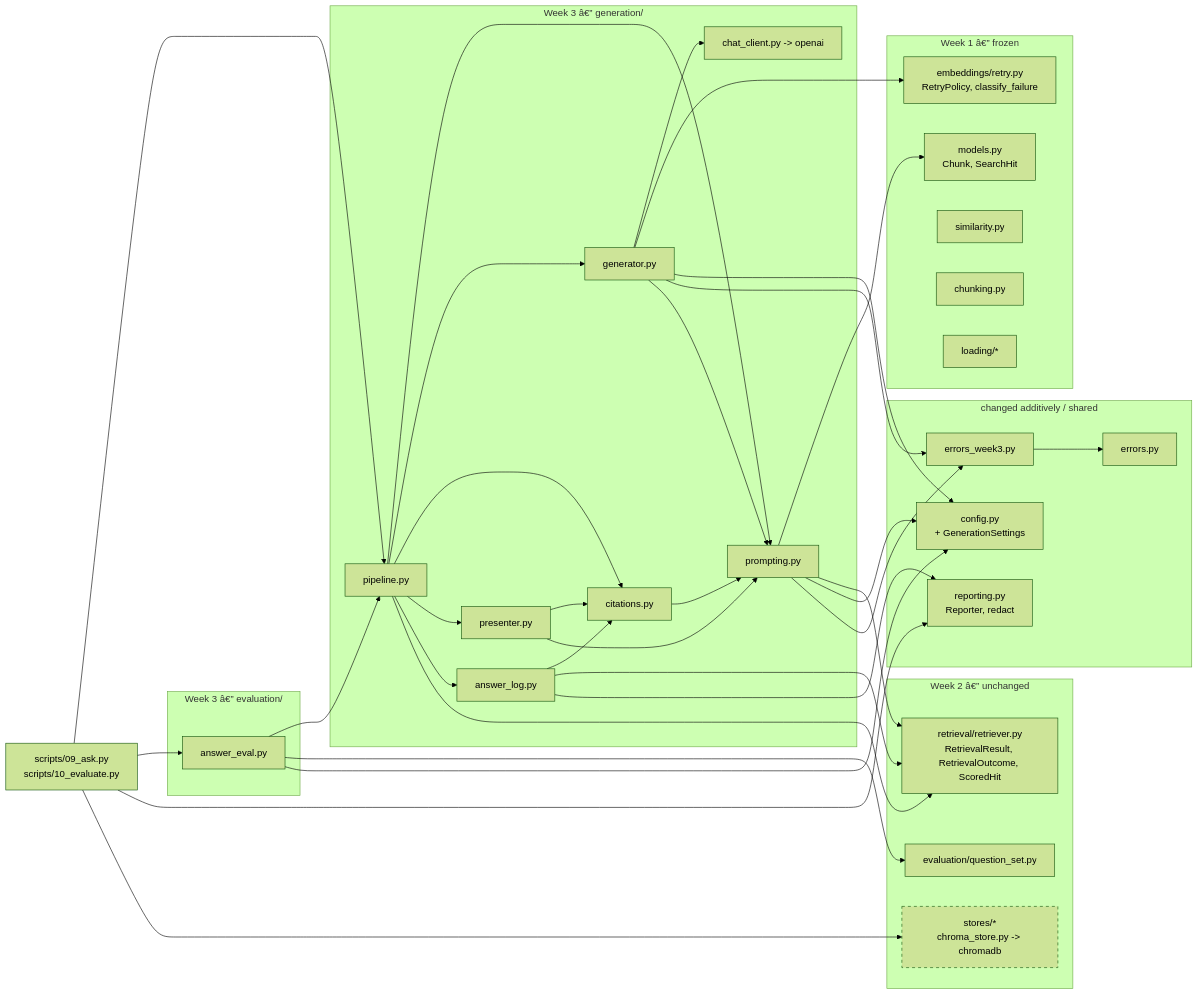
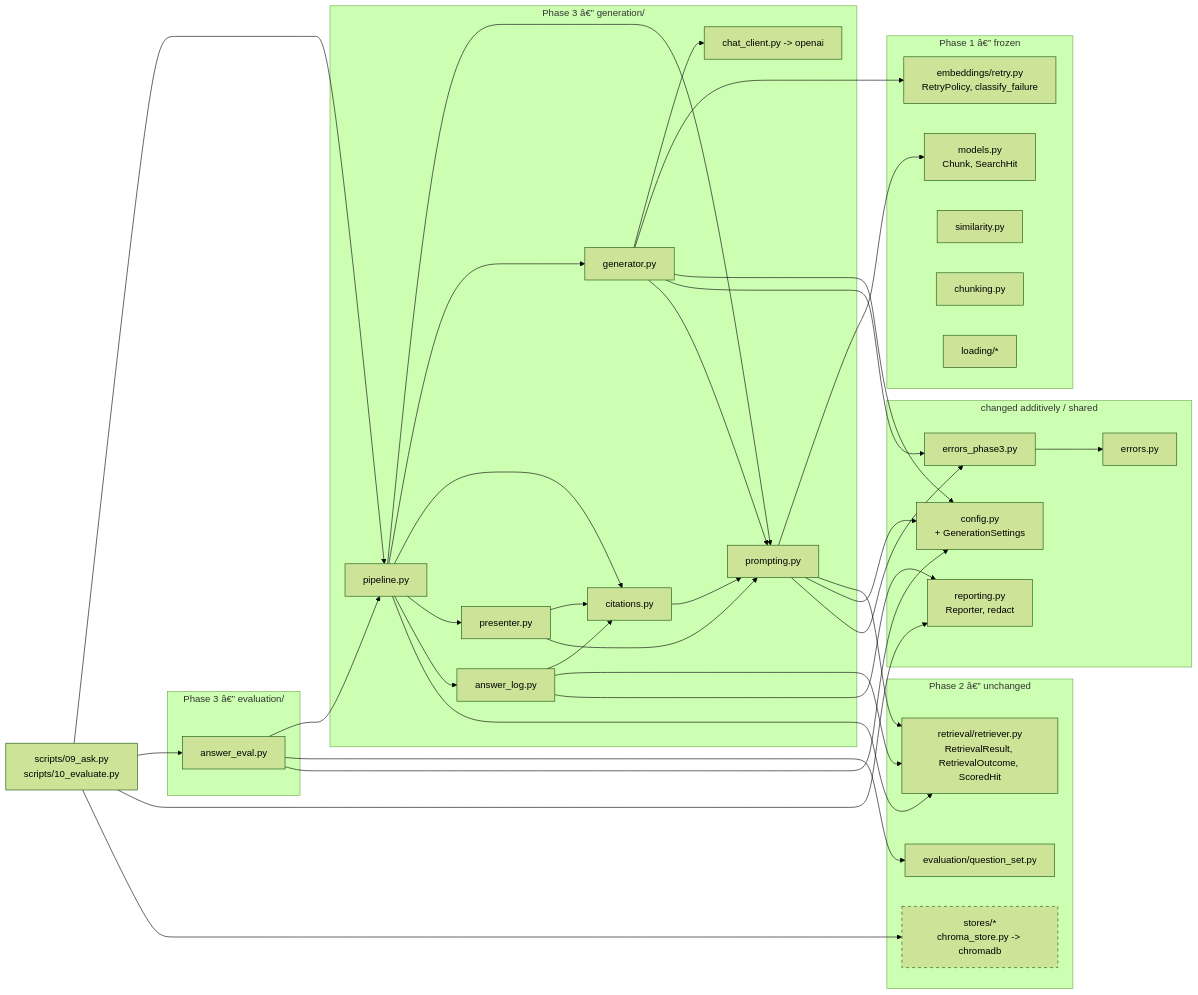
Before and after one commit to Iddrisusalima/ask-my-notes: the second of 2 diagrams in .kiro/specs/generation-citations/design.md, drawn with Mermaid (forest theme). The commit also changed other lines of this file and 26 other files, not shown here.

First line of the commit message:
Rename Week 1/2/3 to Phase 1/2/3 throughout

````diff
--- a/.kiro/specs/generation-citations/design.md
+++ b/.kiro/specs/generation-citations/design.md
@@ -302,78 +302,78 @@
 ```mermaid
 flowchart LR
-    subgraph frozen["Week 1 â€” frozen"]
+    subgraph frozen["Phase 1 â€” frozen"]
         models["models.py<br/>Chunk, SearchHit"]
         retry["embeddings/retry.py<br/>RetryPolicy, classify_failure"]
         sim["similarity.py"]
         chunking["chunking.py"]
         loading["loading/*"]
     end
 
     subgraph shared["changed additively / shared"]
         config["config.py<br/>+ GenerationSettings"]
         reporting["reporting.py<br/>Reporter, redact"]
         errors["errors.py"]
-        errors3["errors_week3.py"]
+        errors3["errors_phase3.py"]
     end
 
-    subgraph w2["Week 2 â€” unchanged"]
+    subgraph w2["Phase 2 â€” unchanged"]
         retrieval["retrieval/retriever.py<br/>RetrievalResult, RetrievalOutcome, ScoredHit"]
         qset["evaluation/question_set.py"]
         stores["stores/*<br/>chroma_store.py -> chromadb"]
     end
 
-    subgraph gen["Week 3 â€” generation/"]
+    subgraph gen["Phase 3 â€” generation/"]
         prompting["prompting.py"]
         chatclient["chat_client.py -> openai"]
         generator["generator.py"]
         citations["citations.py"]
         presenter["presenter.py"]
         answerlog["answer_log.py"]
         pipeline["pipeline.py"]
     end
 
-    subgraph eval3["Week 3 â€” evaluation/"]
+    subgraph eval3["Phase 3 â€” evaluation/"]
         anseval["answer_eval.py"]
     end
 
     scripts["scripts/09_ask.py<br/>scripts/10_evaluate.py"]
 
     prompting --> models
     prompting --> retrieval
     prompting --> config
     prompting --> errors3
 
     generator --> chatclient
     generator --> retry
     generator --> config
     generator --> errors3
     generator --> prompting
 
     citations --> prompting
     presenter --> citations
     presenter --> prompting
     answerlog --> citations
     answerlog --> retrieval
     answerlog --> reporting
 
     pipeline --> prompting
     pipeline --> generator
     pipeline --> citations
     pipeline --> presenter
     pipeline --> answerlog
     pipeline --> retrieval
 
     anseval --> pipeline
     anseval --> qset
     anseval --> config
 
     scripts --> pipeline
     scripts --> anseval
     scripts --> reporting
     scripts --> stores
 
     errors3 --> errors
 
     classDef forbidden stroke-dasharray: 5 5
     class stores forbidden
 ```
````
